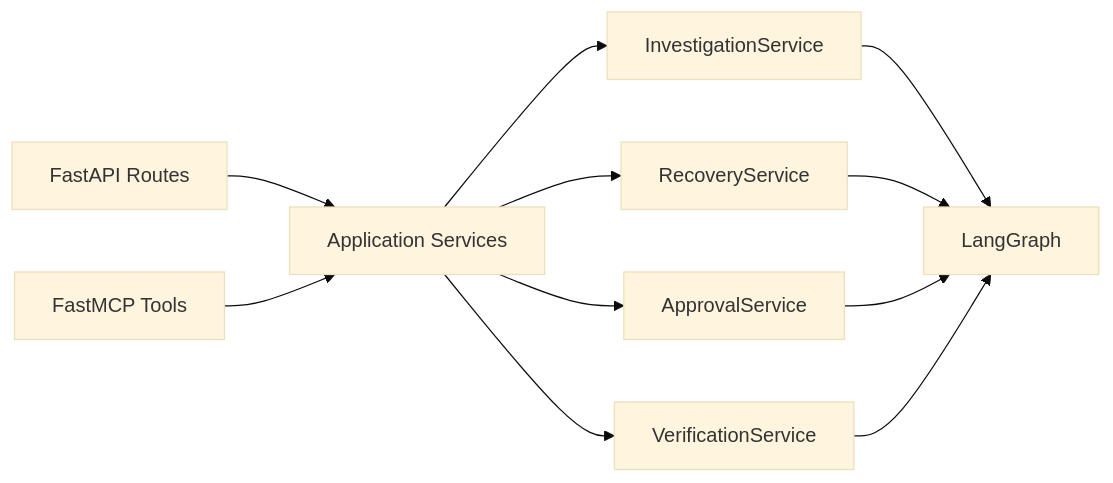
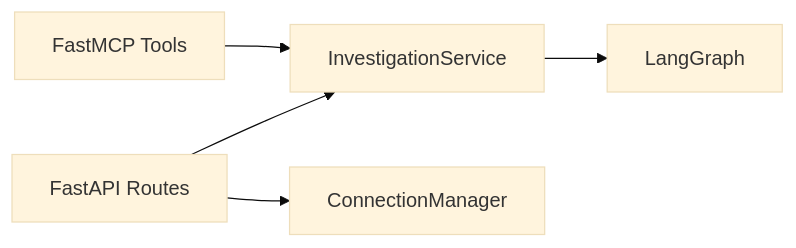
The ninth of 12 diagrams in HLD.md (Akshun-01/revive), drawn with Mermaid (base theme) before and after one commit. The commit also changed other lines of this file and 7 other files, not shown here.

````diff
--- a/HLD.md
+++ b/HLD.md
@@ -687,18 +668,11 @@
 ```mermaid
 flowchart LR
     REST["FastAPI Routes"]
     MCP["FastMCP Tools"]
 
-    REST --> SERVICES["Application Services"]
-    MCP --> SERVICES
-
-    SERVICES --> INV["InvestigationService"]
-    SERVICES --> REC["RecoveryService"]
-    SERVICES --> APP["ApprovalService"]
-    SERVICES --> VER["VerificationService"]
+    REST --> INV["InvestigationService"]
+    MCP --> INV
 
     INV --> GRAPH["LangGraph"]
-    REC --> GRAPH
-    APP --> GRAPH
-    VER --> GRAPH
+    REST --> CM["ConnectionManager"]
 ```
````
